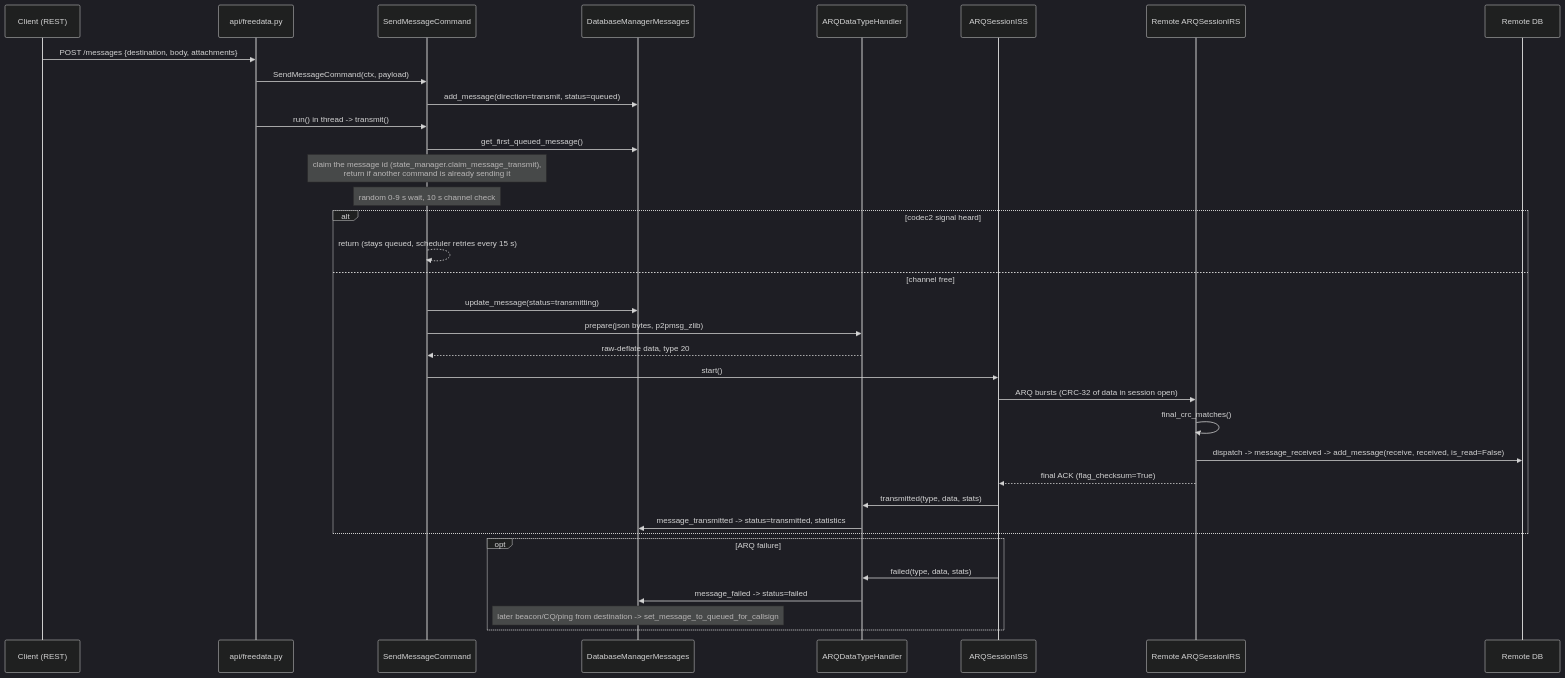
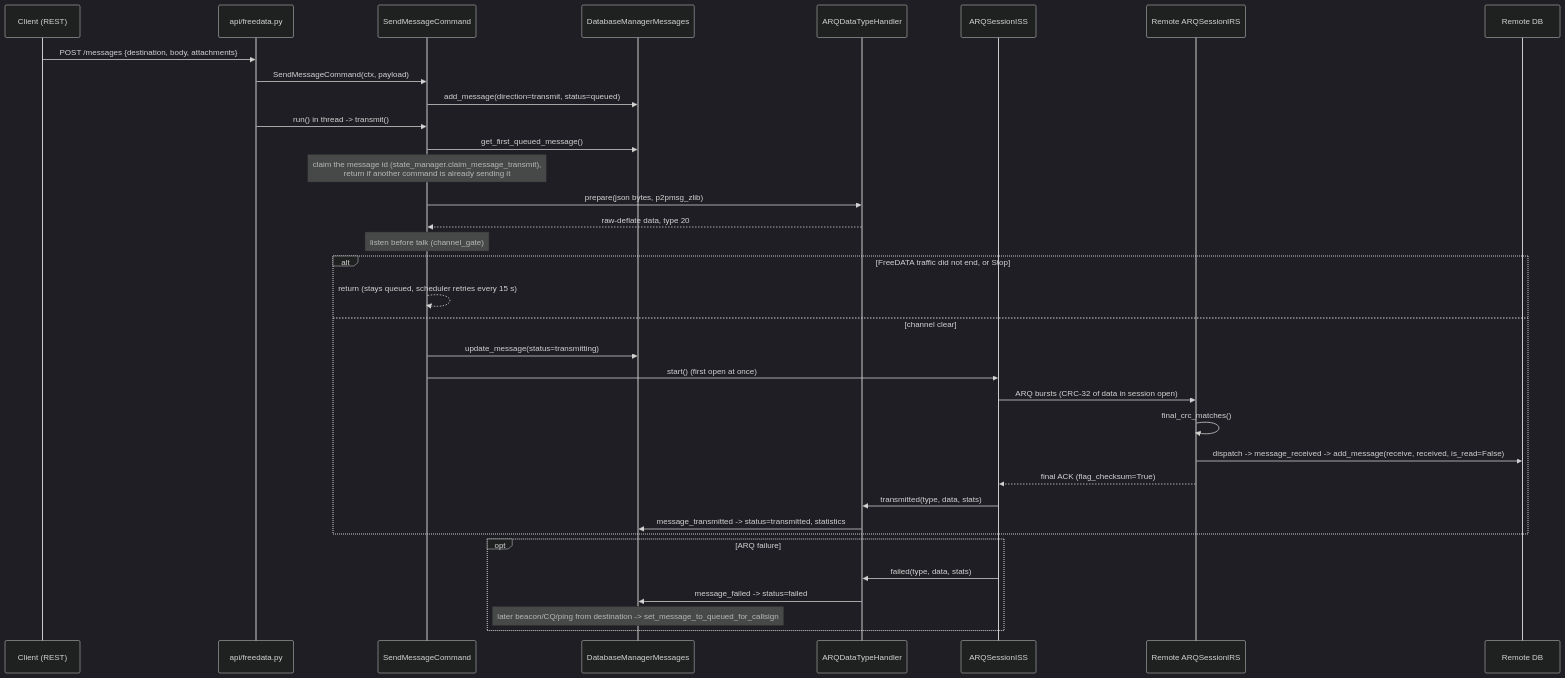
The third of 3 diagrams in freedata_server/docs/message-system.md (OH2JRB/FreeDATA), drawn with Mermaid (dark theme) before and after one commit. The commit also changed other lines of this file and 8 other files, not shown here.

First line of the commit message:
Document listen before talk and the gated message path

````diff
--- a/freedata_server/docs/message-system.md
+++ b/freedata_server/docs/message-system.md
@@ -412,38 +412,38 @@
 ```mermaid
 sequenceDiagram
     participant UI as Client (REST)
     participant API as api/freedata.py
     participant Cmd as SendMessageCommand
     participant DB as DatabaseManagerMessages
     participant H as ARQDataTypeHandler
     participant ISS as ARQSessionISS
     participant IRS as Remote ARQSessionIRS
     participant RDB as Remote DB
 
     UI->>API: POST /messages {destination, body, attachments}
     API->>Cmd: SendMessageCommand(ctx, payload)
     Cmd->>DB: add_message(direction=transmit, status=queued)
     API->>Cmd: run() in thread -> transmit()
     Cmd->>DB: get_first_queued_message()
     Note over Cmd: claim the message id (state_manager.claim_message_transmit),<br/>return if another command is already sending it
-    Note over Cmd: random 0-9 s wait, 10 s channel check
-    alt codec2 signal heard
+    Cmd->>H: prepare(json bytes, p2pmsg_zlib)
+    H-->>Cmd: raw-deflate data, type 20
+    Note over Cmd: listen before talk (channel_gate)
+    alt FreeDATA traffic did not end, or Stop
         Cmd-->>Cmd: return (stays queued, scheduler retries every 15 s)
-    else channel free
+    else channel clear
         Cmd->>DB: update_message(status=transmitting)
-        Cmd->>H: prepare(json bytes, p2pmsg_zlib)
-        H-->>Cmd: raw-deflate data, type 20
-        Cmd->>ISS: start()
+        Cmd->>ISS: start() (first open at once)
         ISS->>IRS: ARQ bursts (CRC-32 of data in session open)
         IRS->>IRS: final_crc_matches()
         IRS->>RDB: dispatch -> message_received -> add_message(receive, received, is_read=False)
         IRS-->>ISS: final ACK (flag_checksum=True)
         ISS->>H: transmitted(type, data, stats)
         H->>DB: message_transmitted -> status=transmitted, statistics
     end
     opt ARQ failure
         ISS->>H: failed(type, data, stats)
         H->>DB: message_failed -> status=failed
         Note over DB: later beacon/CQ/ping from destination -> set_message_to_queued_for_callsign
     end
 ```
````
